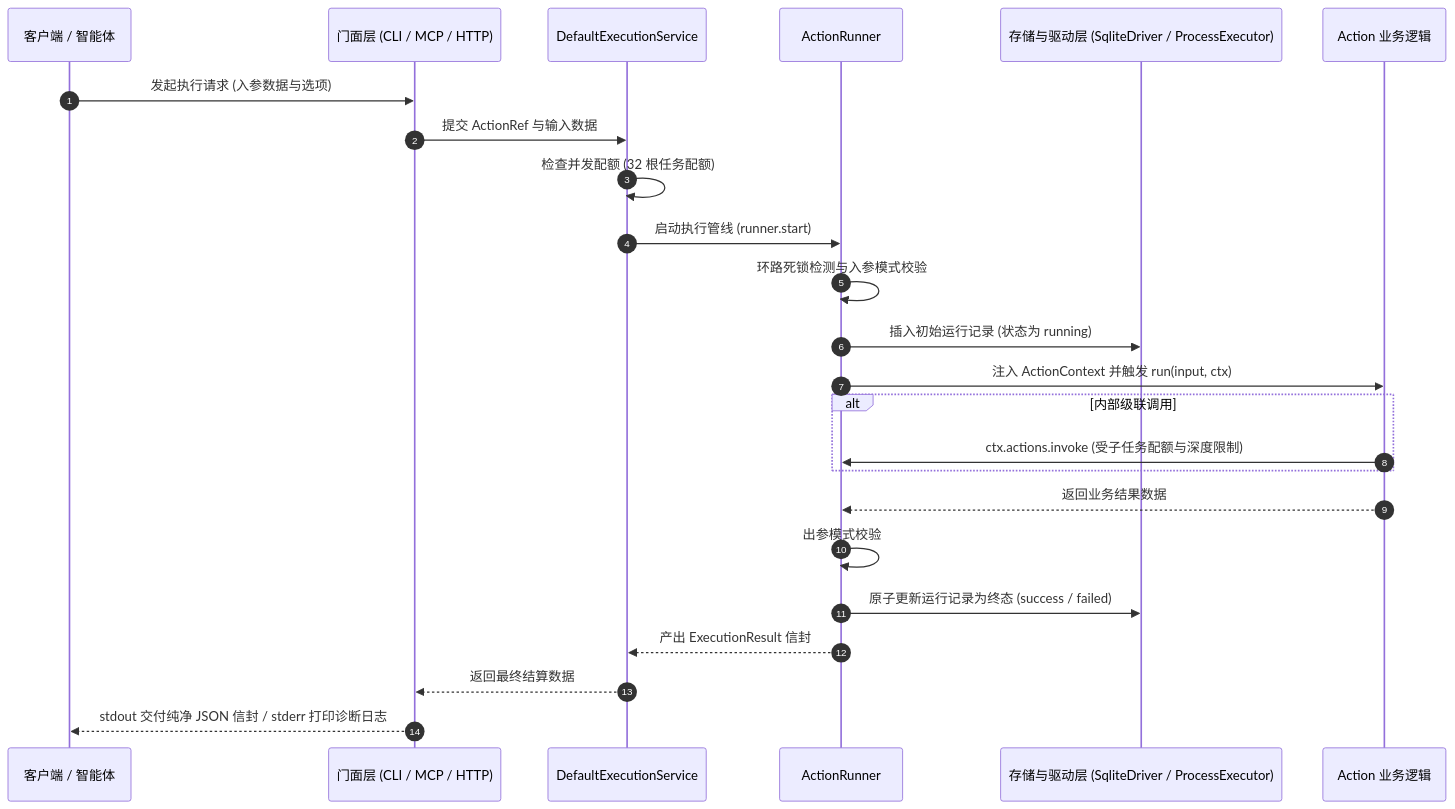
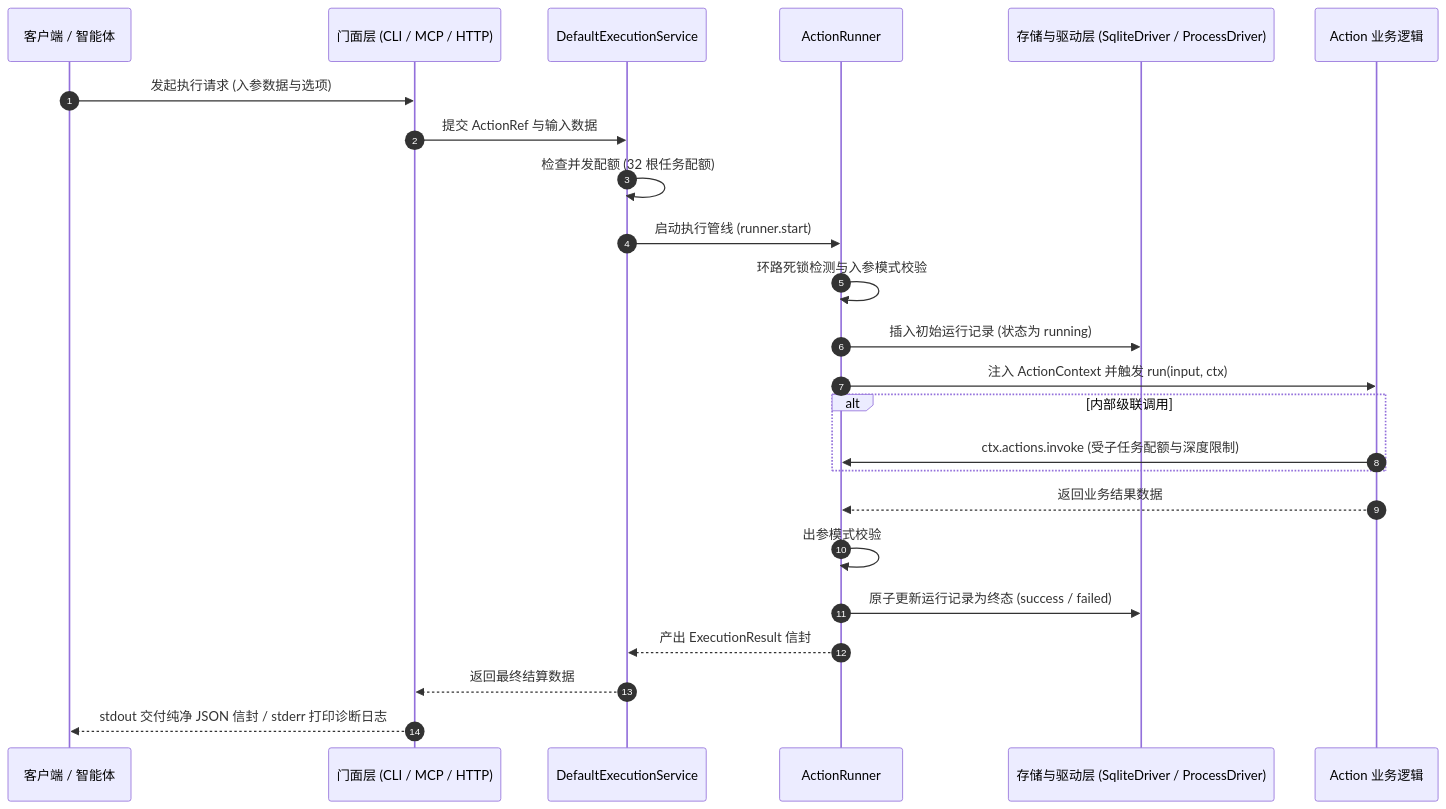
One commit to team4u/actiondock changed the second of 3 diagrams in docs/architecture/runtime.md. Above: the diagram before and after it, drawn with Mermaid. The commit also changed other lines of this file and 86 other files, not shown here.

````diff
--- a/docs/architecture/runtime.md
+++ b/docs/architecture/runtime.md
@@ -56,27 +56,27 @@
 ```mermaid
 sequenceDiagram
     autonumber
     participant Client as 客户端 / 智能体
     participant Facade as 门面层 (CLI / MCP / HTTP)
     participant ExecService as DefaultExecutionService
     participant Runner as ActionRunner
-    participant Driver as 存储与驱动层 (SqliteDriver / ProcessExecutor)
+    participant Driver as 存储与驱动层 (SqliteDriver / ProcessDriver)
     participant Action as Action 业务逻辑
 
     Client->>Facade: 发起执行请求 (入参数据与选项)
     Facade->>ExecService: 提交 ActionRef 与输入数据
     ExecService->>ExecService: 检查并发配额 (32 根任务配额)
     ExecService->>Runner: 启动执行管线 (runner.start)
     Runner->>Runner: 环路死锁检测与入参模式校验
     Runner->>Driver: 插入初始运行记录 (状态为 running)
     Runner->>Action: 注入 ActionContext 并触发 run(input, ctx)
     alt 内部级联调用
         Action->>Runner: ctx.actions.invoke (受子任务配额与深度限制)
     end
     Action-->>Runner: 返回业务结果数据
     Runner->>Runner: 出参模式校验
     Runner->>Driver: 原子更新运行记录为终态 (success / failed)
     Runner-->>ExecService: 产出 ExecutionResult 信封
     ExecService-->>Facade: 返回最终结算数据
     Facade-->>Client: stdout 交付纯净 JSON 信封 / stderr 打印诊断日志
 ```
````
